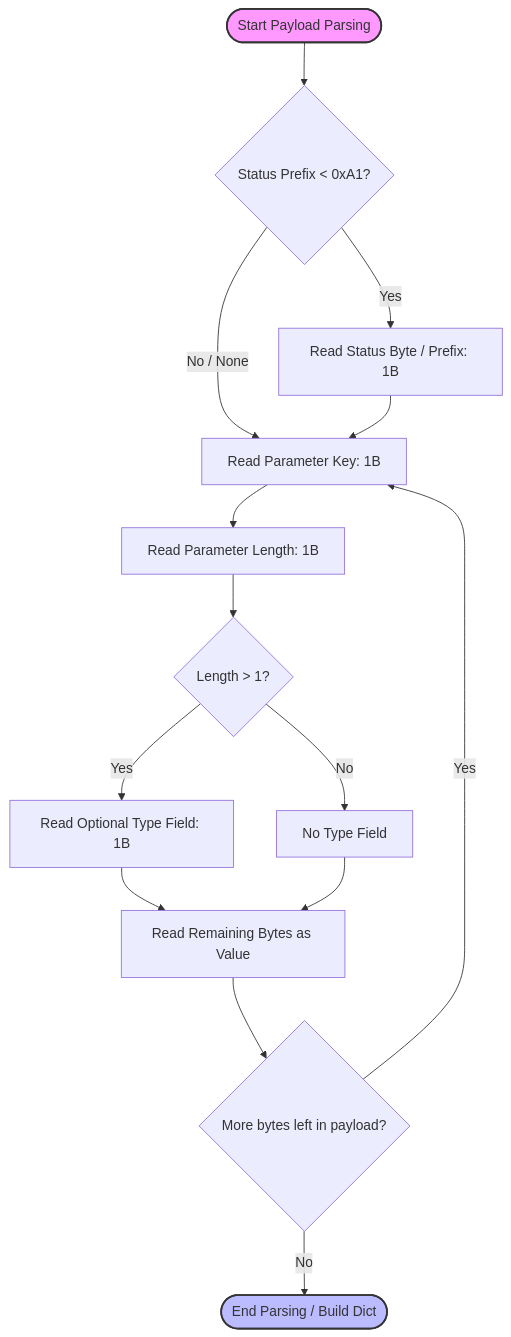
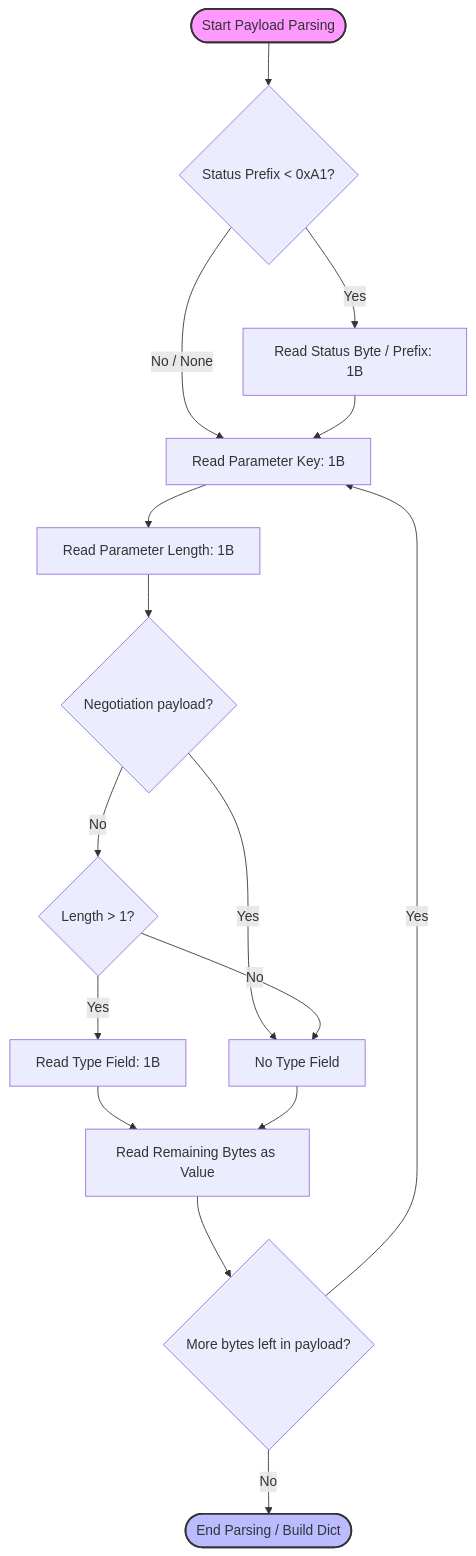
The sixth of 15 diagrams in docs/source/protocols.rst (flip-dots/SolixBLE), drawn with Mermaid before and after one commit. The commit also changed other lines of this file, not shown here.

```diff
--- a/docs/source/protocols.rst
+++ b/docs/source/protocols.rst
@@ -239,23 +297,25 @@
 .. mermaid::
 
   flowchart TD
       Start([Start Payload Parsing]) --> ReadPrefix{Status Prefix < 0xA1?}
       ReadPrefix -- Yes --> HasPrefix[Read Status Byte / Prefix: 1B]
       ReadPrefix -- No / None --> ReadKey
       HasPrefix --> ReadKey[Read Parameter Key: 1B]
       
       ReadKey --> ReadLen[Read Parameter Length: 1B]
-      ReadLen --> CheckLen{Length > 1?}
-      
-      CheckLen -- Yes --> HasType[Read Optional Type Field: 1B]
+      ReadLen --> CheckNeg{Negotiation payload?}
+      CheckNeg -- Yes --> SkipType
+      CheckNeg -- No --> CheckLen{Length > 1?}
+
+      CheckLen -- Yes --> HasType[Read Type Field: 1B]
       CheckLen -- No --> SkipType[No Type Field]
       
       HasType --> ReadVal[Read Remaining Bytes as Value]
       SkipType --> ReadVal
       
       ReadVal --> MoreBytes{More bytes left in payload?}
       MoreBytes -- Yes --> ReadKey
       MoreBytes -- No --> End([End Parsing / Build Dict])
 
       style Start fill:#f9f,stroke:#333,stroke-width:2px
       style End fill:#bbf,stroke:#333,stroke-width:2px
```
